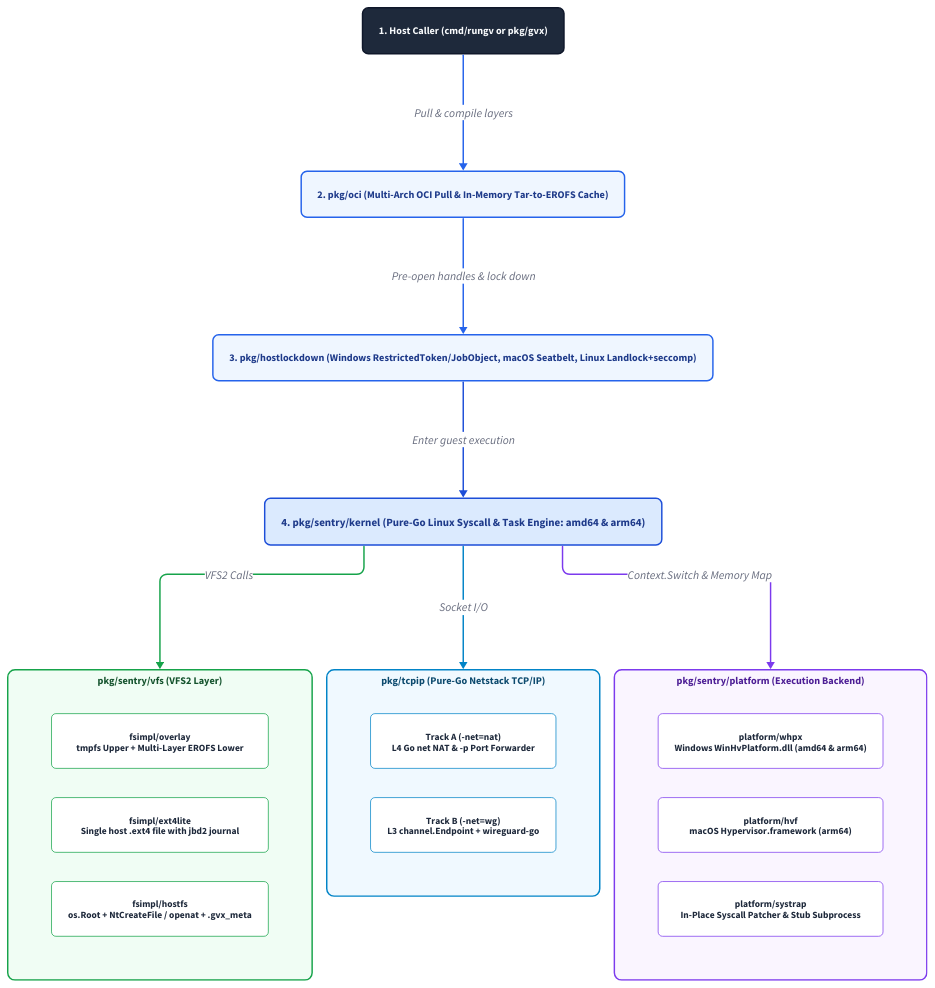
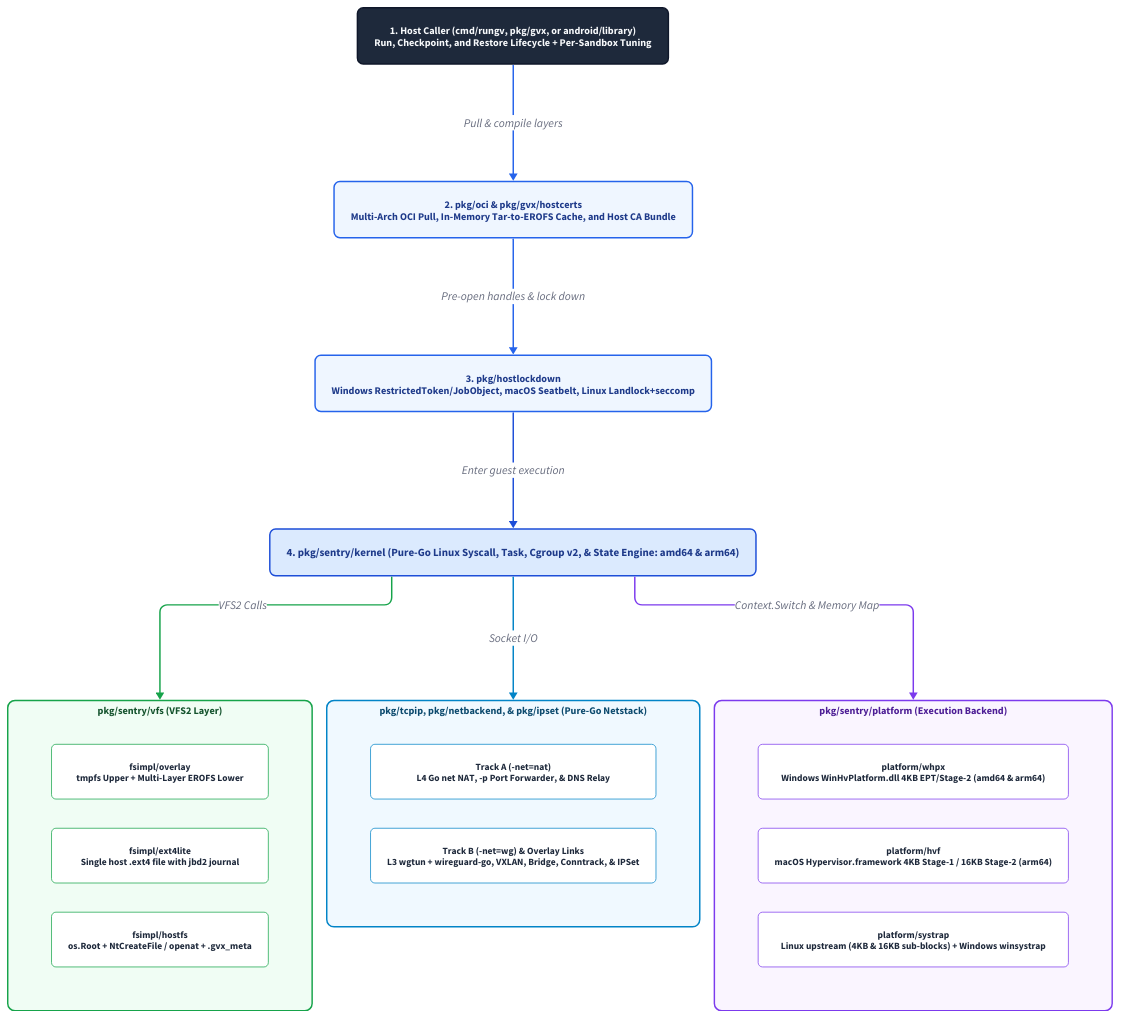
One commit to gfire-sigs/gvx changed the diagram in docs/assets/arch-overview.d2. Above: the diagram before and after it, drawn with D2. The commit also changed 4 other files, not shown here.

Commit message:
docs(architecture): document checkpoint, restore, Android runtime, and 16 KB engines (#188)

```diff
--- a/docs/assets/arch-overview.d2
+++ b/docs/assets/arch-overview.d2
@@ -1,168 +1,168 @@
 vars: {
   d2-config: {
     layout-engine: elk
     pad: 24
   }
 }
 
 direction: down
 
 classes: {
   stage: {
     style: {
       fill: "#EFF6FF"
       stroke: "#2563EB"
       stroke-width: 2
       font-color: "#1E3A8A"
       border-radius: 8
       font-size: 14
       bold: true
     }
   }
   sentry: {
     style: {
       fill: "#DBEAFE"
       stroke: "#1D4ED8"
       stroke-width: 2
       font-color: "#1E3A8A"
       border-radius: 8
       font-size: 15
       bold: true
     }
   }
   group_vfs: {
     style: {
       fill: "#F0FDF4"
       stroke: "#16A34A"
       stroke-width: 2
       font-color: "#14532D"
       border-radius: 10
       font-size: 14
       bold: true
     }
   }
   group_net: {
     style: {
       fill: "#F0F9FF"
       stroke: "#0284C7"
       stroke-width: 2
       font-color: "#0C4A6E"
       border-radius: 10
       font-size: 14
       bold: true
     }
   }
   group_plat: {
     style: {
       fill: "#FAF5FF"
       stroke: "#7C3AED"
       stroke-width: 2
       font-color: "#4C1D95"
       border-radius: 10
       font-size: 14
       bold: true
     }
   }
   item: {
     style: {
       fill: "#FFFFFF"
       stroke: "#94A3B8"
       stroke-width: 1
       font-color: "#1E293B"
       border-radius: 6
       font-size: 13
     }
   }
 }
 
-hostapp: "1. Host Caller (cmd/rungv or pkg/gvx)" {
+hostapp: "1. Host Caller (cmd/rungv, pkg/gvx, or android/library)\nRun, Checkpoint, and Restore Lifecycle + Per-Sandbox Tuning" {
   class: stage
   style.fill: "#1E293B"
   style.font-color: "#F8FAFC"
   style.stroke: "#0F172A"
 }
 
-oci: "2. pkg/oci (Multi-Arch OCI Pull & In-Memory Tar-to-EROFS Cache)" {
+oci: "2. pkg/oci & pkg/gvx/hostcerts\nMulti-Arch OCI Pull, In-Memory Tar-to-EROFS Cache, and Host CA Bundle" {
   class: stage
 }
 
-lockdown: "3. pkg/hostlockdown (Windows RestrictedToken/JobObject, macOS Seatbelt, Linux Landlock+seccomp)" {
+lockdown: "3. pkg/hostlockdown\nWindows RestrictedToken/JobObject, macOS Seatbelt, Linux Landlock+seccomp" {
   class: stage
 }
 
-sentry: "4. pkg/sentry/kernel (Pure-Go Linux Syscall & Task Engine: amd64 & arm64)" {
+sentry: "4. pkg/sentry/kernel (Pure-Go Linux Syscall, Task, Cgroup v2, & State Engine: amd64 & arm64)" {
   class: sentry
 }
 
 hostapp -> oci: "Pull & compile layers" {
   style.stroke: "#2563EB"
   style.stroke-width: 2
 }
 oci -> lockdown: "Pre-open handles & lock down" {
   style.stroke: "#2563EB"
   style.stroke-width: 2
 }
 lockdown -> sentry: "Enter guest execution" {
   style.stroke: "#1D4ED8"
   style.stroke-width: 2
 }
 
 vfs: "pkg/sentry/vfs (VFS2 Layer)" {
   class: group_vfs
   grid-columns: 1
   overlay: "fsimpl/overlay\ntmpfs Upper + Multi-Layer EROFS Lower" {
     class: item
     style.stroke: "#16A34A"
   }
   ext4lite: "fsimpl/ext4lite\nSingle host .ext4 file with jbd2 journal" {
     class: item
     style.stroke: "#16A34A"
   }
   hostfs: "fsimpl/hostfs\nos.Root + NtCreateFile / openat + .gvx_meta" {
     class: item
     style.stroke: "#16A34A"
   }
 }
 
-net: "pkg/tcpip (Pure-Go Netstack TCP/IP)" {
+net: "pkg/tcpip, pkg/netbackend, & pkg/ipset (Pure-Go Netstack)" {
   class: group_net
   grid-columns: 1
-  nat: "Track A (-net=nat)\nL4 Go net NAT & -p Port Forwarder" {
+  nat: "Track A (-net=nat)\nL4 Go net NAT, -p Port Forwarder, & DNS Relay" {
     class: item
     style.stroke: "#0284C7"
   }
-  wg: "Track B (-net=wg)\nL3 channel.Endpoint + wireguard-go" {
+  wg: "Track B (-net=wg) & Overlay Links\nL3 wgtun + wireguard-go, VXLAN, Bridge, Conntrack, & IPSet" {
     class: item
     style.stroke: "#0284C7"
   }
 }
 
 platform: "pkg/sentry/platform (Execution Backend)" {
   class: group_plat
   grid-columns: 1
-  whpx: "platform/whpx\nWindows WinHvPlatform.dll (amd64 & arm64)" {
+  whpx: "platform/whpx\nWindows WinHvPlatform.dll 4KB EPT/Stage-2 (amd64 & arm64)" {
     class: item
     style.stroke: "#7C3AED"
   }
-  hvf: "platform/hvf\nmacOS Hypervisor.framework (arm64)" {
+  hvf: "platform/hvf\nmacOS Hypervisor.framework 4KB Stage-1 / 16KB Stage-2 (arm64)" {
     class: item
     style.stroke: "#7C3AED"
   }
-  systrap: "platform/systrap\nIn-Place Syscall Patcher & Stub Subprocess" {
+  systrap: "platform/systrap\nLinux upstream (4KB & 16KB sub-blocks) + Windows winsystrap" {
     class: item
     style.stroke: "#7C3AED"
   }
 }
 
 sentry -> vfs: "VFS2 Calls" {
   style.stroke: "#16A34A"
   style.stroke-width: 2
 }
 sentry -> net: "Socket I/O" {
   style.stroke: "#0284C7"
   style.stroke-width: 2
 }
 sentry -> platform: "Context.Switch & Memory Map" {
   style.stroke: "#7C3AED"
   style.stroke-width: 2
 }
```
